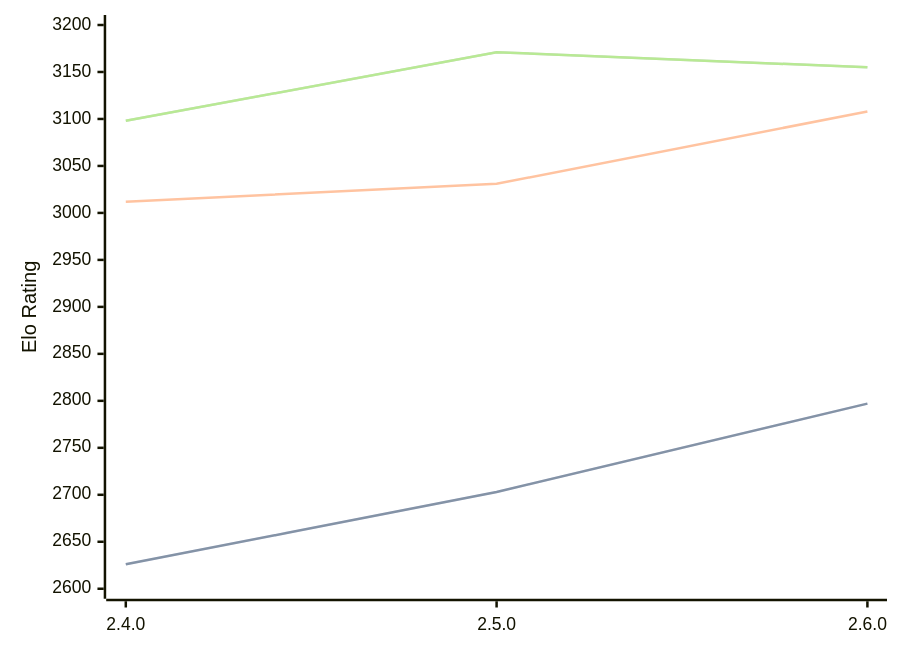
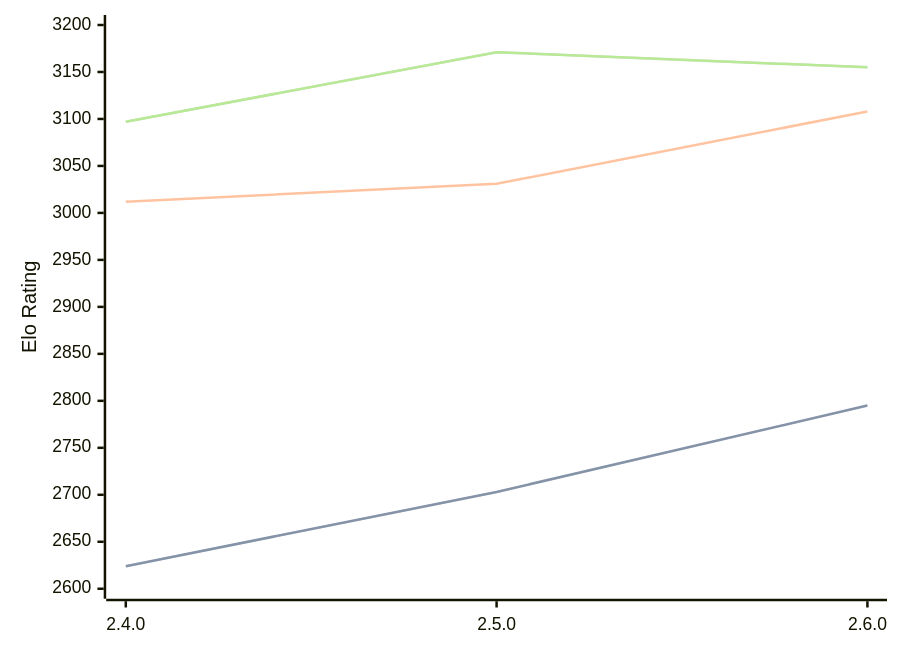
One commit to computer-chess-index/cci changed the diagram in engines/Sturddle2.md. Above: the diagram before and after it, drawn with Mermaid. The commit also changed other lines of this file, not shown here.

Commit message:
Update CCI Ratings (ELO VLTC) - 2026-10-01

````diff
--- a/engines/Sturddle2.md
+++ b/engines/Sturddle2.md
@@ -33,11 +33,11 @@
 ```mermaid
 %%{init: {"theme":"base","themeVariables":{"seriesColors:['#a3a3a3','#222221','#faa371']}}}%%
 xychart-beta
   x-axis ["2.4.0", "2.5.0", "2.6.0"]
   y-axis "Elo Rating" 2600 --> 3200
-  line "" [2626, 2703, 2797]
-  line "STC (8.0+0.08s)" [2626, 2703, 2797]
+  line "" [2624, 2703, 2795]
+  line "STC (8.0+0.08s)" [2624, 2703, 2795]
   line "LTC (60.0+0.60s)" [3012, 3031, 3108]
-  line "" [3098, 3171, 3155]
-  line "VLTC (2m24s+1.12s)" [3098, 3171, 3155]
+  line "" [3097, 3171, 3155]
+  line "VLTC (2m24s+1.12s)" [3097, 3171, 3155]
 ```
````
